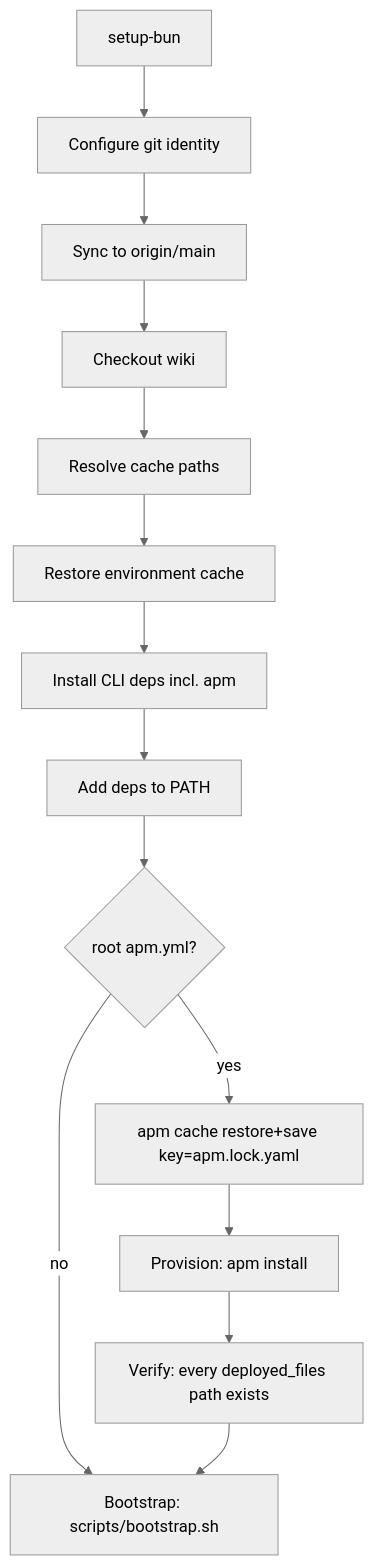
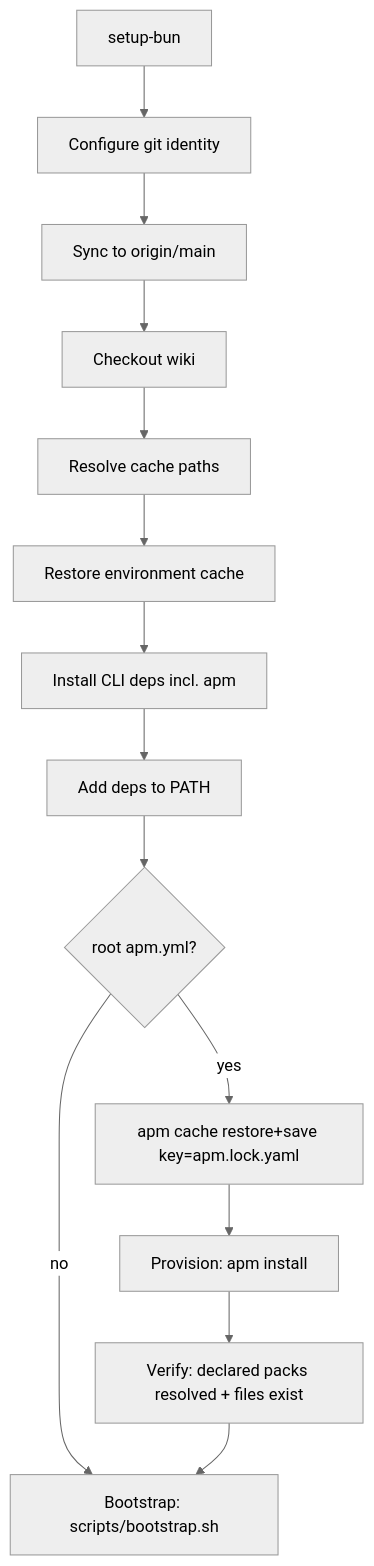
The first of 2 diagrams in specs/2160-bootstrap-apm-install/design-a.md (forwardimpact/monorepo), drawn with Mermaid (neutral theme) before and after one commit.

Commit message:
design(2160): align verify diagram label with reconciliation

````diff
--- a/specs/2160-bootstrap-apm-install/design-a.md
+++ b/specs/2160-bootstrap-apm-install/design-a.md
@@ -25,16 +25,16 @@
 ```mermaid
 flowchart TD
   A[setup-bun] --> B[Configure git identity]
   B --> C[Sync to origin/main]
   C --> D[Checkout wiki]
   D --> E[Resolve cache paths]
   E --> F[Restore environment cache]
   F --> G[Install CLI deps incl. apm]
   G --> H[Add deps to PATH]
   H --> I{root apm.yml?}
   I -- no --> K[Bootstrap: scripts/bootstrap.sh]
   I -- yes --> J1[apm cache restore+save key=apm.lock.yaml]
   J1 --> J2[Provision: apm install]
-  J2 --> J3[Verify: every deployed_files path exists]
+  J2 --> J3[Verify: declared packs resolved + files exist]
   J3 --> K
 ```
````
